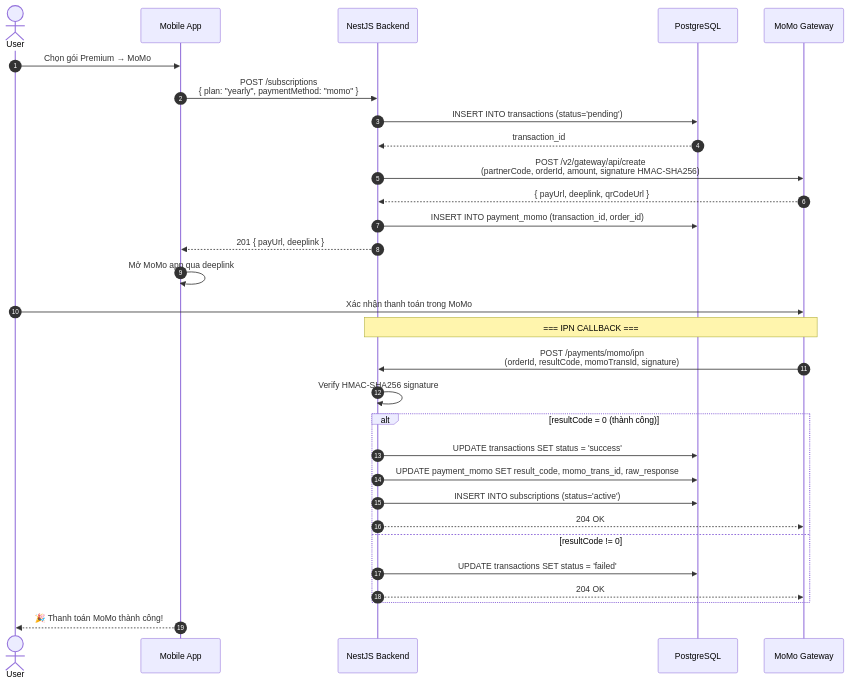
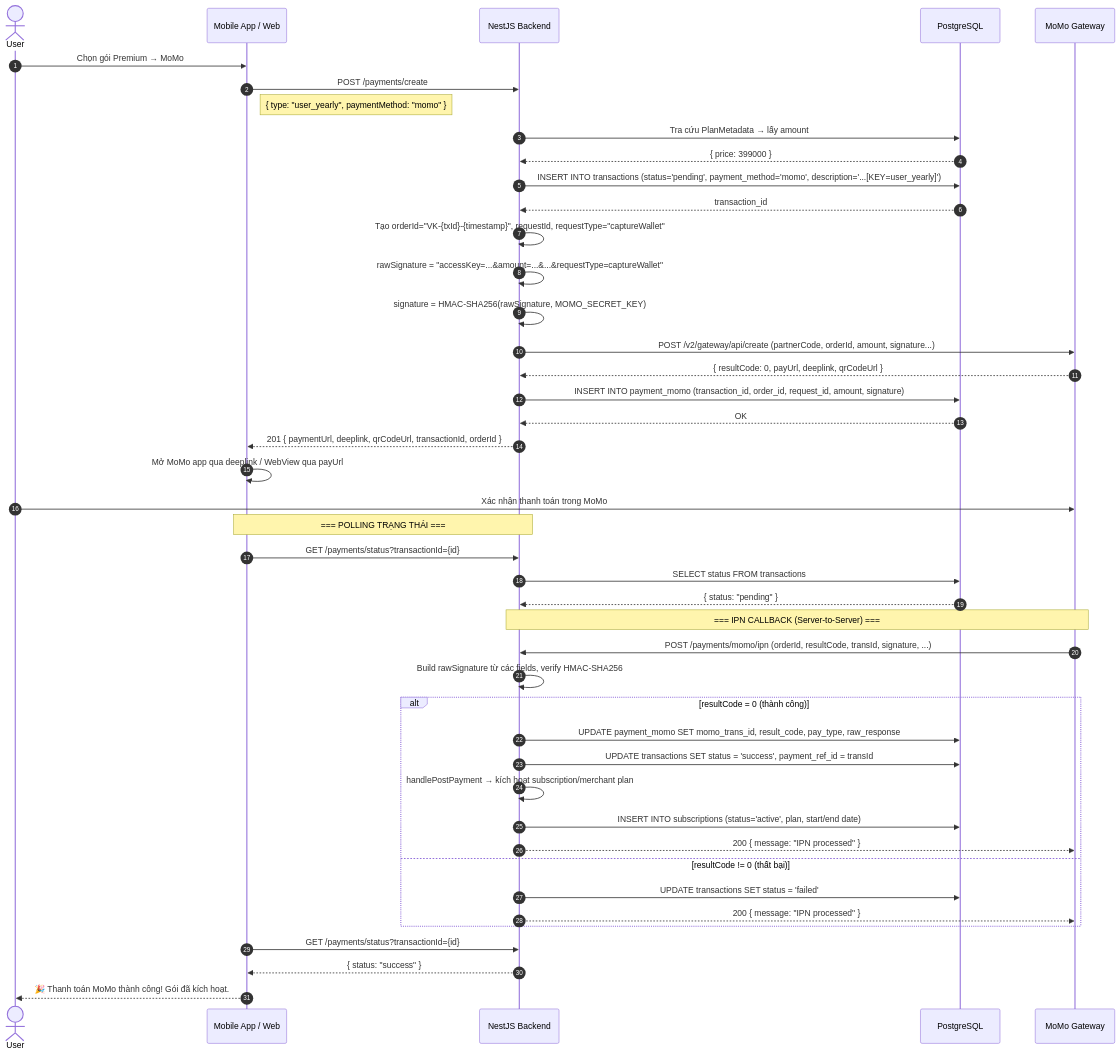
One commit to thankhanh/Seminar_sgu changed the eighth of 13 diagrams in docs/diagrams.md. Above: the diagram before and after it, drawn with Mermaid. The commit also changed other lines of this file, not shown here.

First line of the commit message:
Update diagrams.md

````diff
--- a/docs/diagrams.md
+++ b/docs/diagrams.md
@@ -341,41 +428,57 @@
 ```mermaid
 sequenceDiagram
     autonumber
     actor U as User
-    participant App as Mobile App
+    participant App as Mobile App / Web
     participant API as NestJS Backend
     participant DB as PostgreSQL
     participant MM as MoMo Gateway
 
     U->>App: Chọn gói Premium → MoMo
-    App->>API: POST /subscriptions<br/>{ plan: "yearly", paymentMethod: "momo" }
-    
-    API->>DB: INSERT INTO transactions (status='pending')
+    App->>API: POST /payments/create
+    Note right of App: { type: "user_yearly", paymentMethod: "momo" }
+
+    API->>DB: Tra cứu PlanMetadata → lấy amount
+    DB-->>API: { price: 399000 }
+
+    API->>DB: INSERT INTO transactions (status='pending', payment_method='momo', description='...[KEY=user_yearly]')
     DB-->>API: transaction_id
-    
-    API->>MM: POST /v2/gateway/api/create<br/>(partnerCode, orderId, amount, signature HMAC-SHA256)
-    MM-->>API: { payUrl, deeplink, qrCodeUrl }
-    
-    API->>DB: INSERT INTO payment_momo (transaction_id, order_id)
-    API-->>App: 201 { payUrl, deeplink }
-    
-    App->>App: Mở MoMo app qua deeplink
+
+    API->>API: Tạo orderId="VK-{txId}-{timestamp}", requestId, requestType="captureWallet"
+    API->>API: rawSignature = "accessKey=...&amount=...&...&requestType=captureWallet"
+    API->>API: signature = HMAC-SHA256(rawSignature, MOMO_SECRET_KEY)
+
+    API->>MM: POST /v2/gateway/api/create (partnerCode, orderId, amount, signature...)
+    MM-->>API: { resultCode: 0, payUrl, deeplink, qrCodeUrl }
+
+    API->>DB: INSERT INTO payment_momo (transaction_id, order_id, request_id, amount, signature)
+    DB-->>API: OK
+    API-->>App: 201 { paymentUrl, deeplink, qrCodeUrl, transactionId, orderId }
+
+    App->>App: Mở MoMo app qua deeplink / WebView qua payUrl
     U->>MM: Xác nhận thanh toán trong MoMo
 
-    Note over API,MM: === IPN CALLBACK ===
-    MM->>API: POST /payments/momo/ipn<br/>(orderId, resultCode, momoTransId, signature)
-    
-    API->>API: Verify HMAC-SHA256 signature
-    
+    Note over App,API: === POLLING TRẠNG THÁI ===
+    App->>API: GET /payments/status?transactionId={id}
+    API->>DB: SELECT status FROM transactions
+    DB-->>API: { status: "pending" }
+
+    Note over API,MM: === IPN CALLBACK (Server-to-Server) ===
+    MM->>API: POST /payments/momo/ipn (orderId, resultCode, transId, signature, ...)
+    API->>API: Build rawSignature từ các fields, verify HMAC-SHA256
+
     alt resultCode = 0 (thành công)
-        API->>DB: UPDATE transactions SET status = 'success'
-        API->>DB: UPDATE payment_momo SET result_code, momo_trans_id, raw_response
-        API->>DB: INSERT INTO subscriptions (status='active')
-        API-->>MM: 204 OK
-    else resultCode != 0
+        API->>DB: UPDATE payment_momo SET momo_trans_id, result_code, pay_type, raw_response
+        API->>DB: UPDATE transactions SET status = 'success', payment_ref_id = transId
+        API->>API: handlePostPayment → kích hoạt subscription/merchant plan
+        API->>DB: INSERT INTO subscriptions (status='active', plan, start/end date)
+        API-->>MM: 200 { message: "IPN processed" }
+    else resultCode != 0 (thất bại)
         API->>DB: UPDATE transactions SET status = 'failed'
-        API-->>MM: 204 OK
+        API-->>MM: 200 { message: "IPN processed" }
     end
-    
-    App-->>U: 🎉 Thanh toán MoMo thành công!
+
+    App->>API: GET /payments/status?transactionId={id}
+    API-->>App: { status: "success" }
+    App-->>U: 🎉 Thanh toán MoMo thành công! Gói đã kích hoạt.
 ```
````
